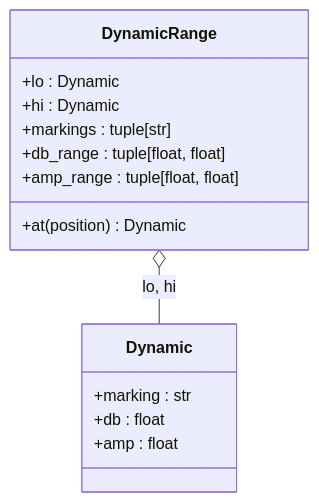
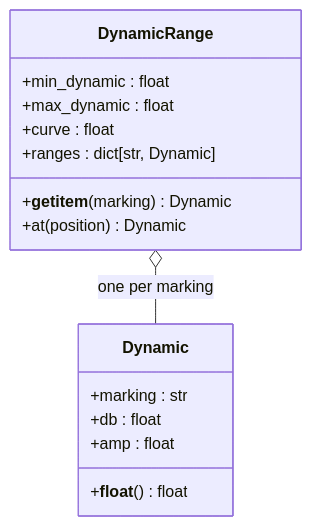
The first of 4 diagrams in docs/architecture/04_DYNATOS.md (kr4g/Klotho), drawn with Mermaid before and after one commit. The commit also changed other lines of this file and 13 other files, not shown here.

First line of the commit message:
Overhaul architecture docs for Klotho 10.x API

````diff
--- a/docs/architecture/04_DYNATOS.md
+++ b/docs/architecture/04_DYNATOS.md
@@ -44,19 +45,20 @@
 ```mermaid
 classDiagram
     class Dynamic {
         +marking : str
         +db : float
         +amp : float
+        +__float__() float
     }
 
     class DynamicRange {
-        +lo : Dynamic
-        +hi : Dynamic
-        +markings : tuple[str]
-        +db_range : tuple[float, float]
-        +amp_range : tuple[float, float]
+        +min_dynamic : float
+        +max_dynamic : float
+        +curve : float
+        +ranges : dict[str, Dynamic]
+        +__getitem__(marking) Dynamic
         +at(position) Dynamic
     }
 
-    DynamicRange o-- Dynamic : lo, hi
+    DynamicRange o-- Dynamic : one per marking
 ```
````
